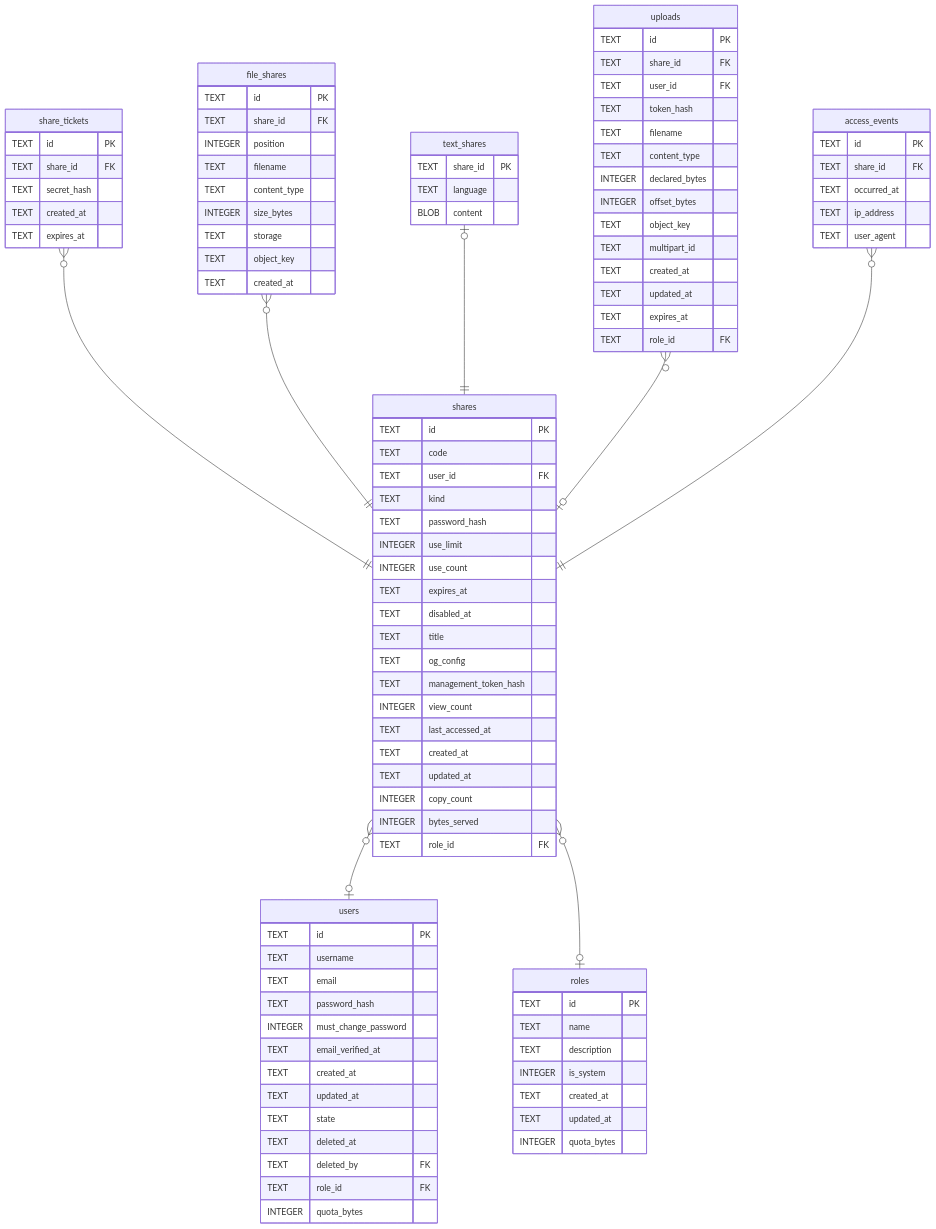
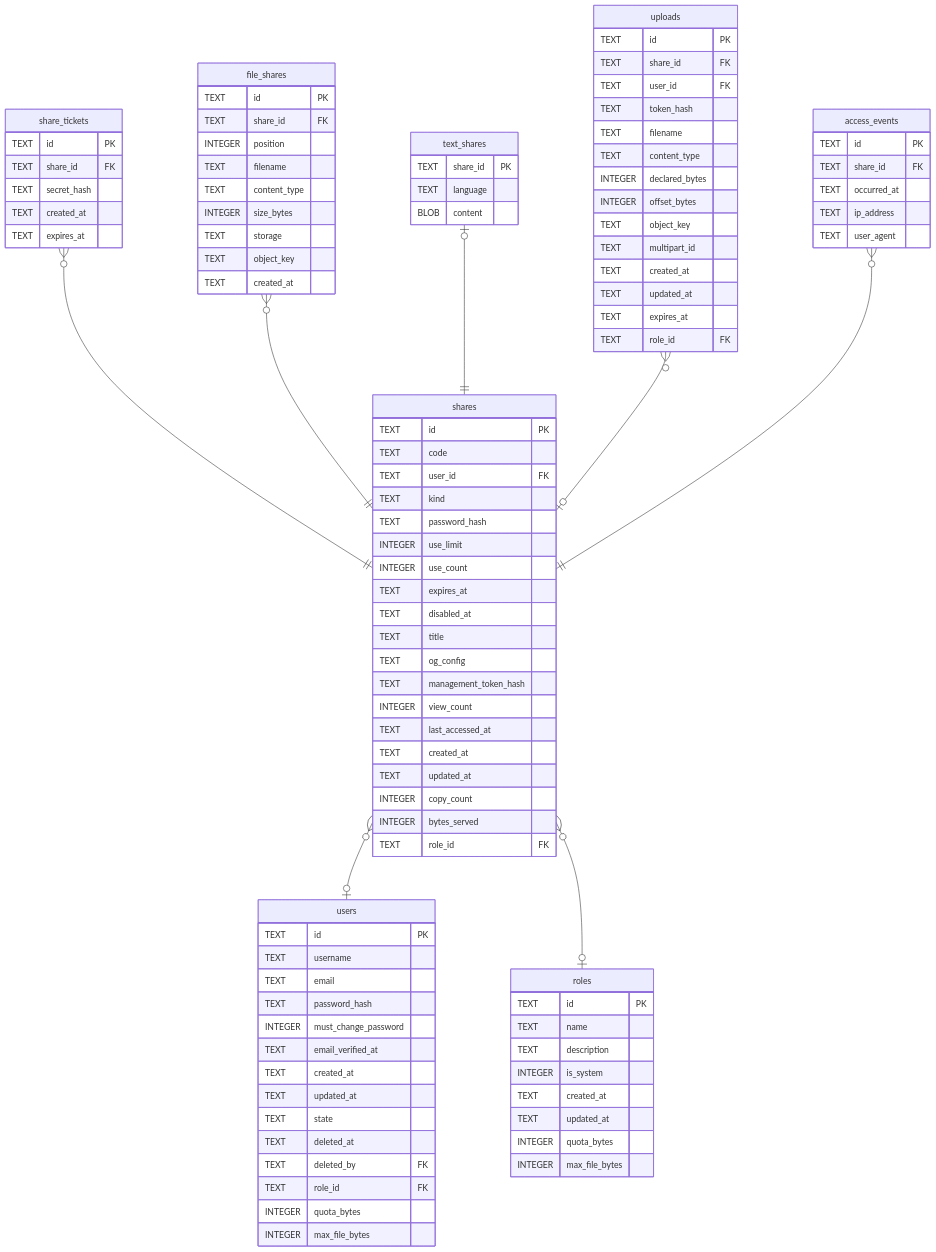
One commit to Limatura/tessera changed the diagram in docs/schema/shares.md. Above: the diagram before and after it, drawn with Mermaid. The commit also changed 32 other files, not shown here.

````diff
--- a/docs/schema/shares.md
+++ b/docs/schema/shares.md
@@ -187,6 +187,7 @@
   TEXT deleted_by FK
   TEXT role_id FK
   INTEGER quota_bytes
+  INTEGER max_file_bytes
 }
 "roles" {
   TEXT id PK
@@ -196,5 +197,6 @@
   TEXT created_at
   TEXT updated_at
   INTEGER quota_bytes
+  INTEGER max_file_bytes
 }
 ```
````
